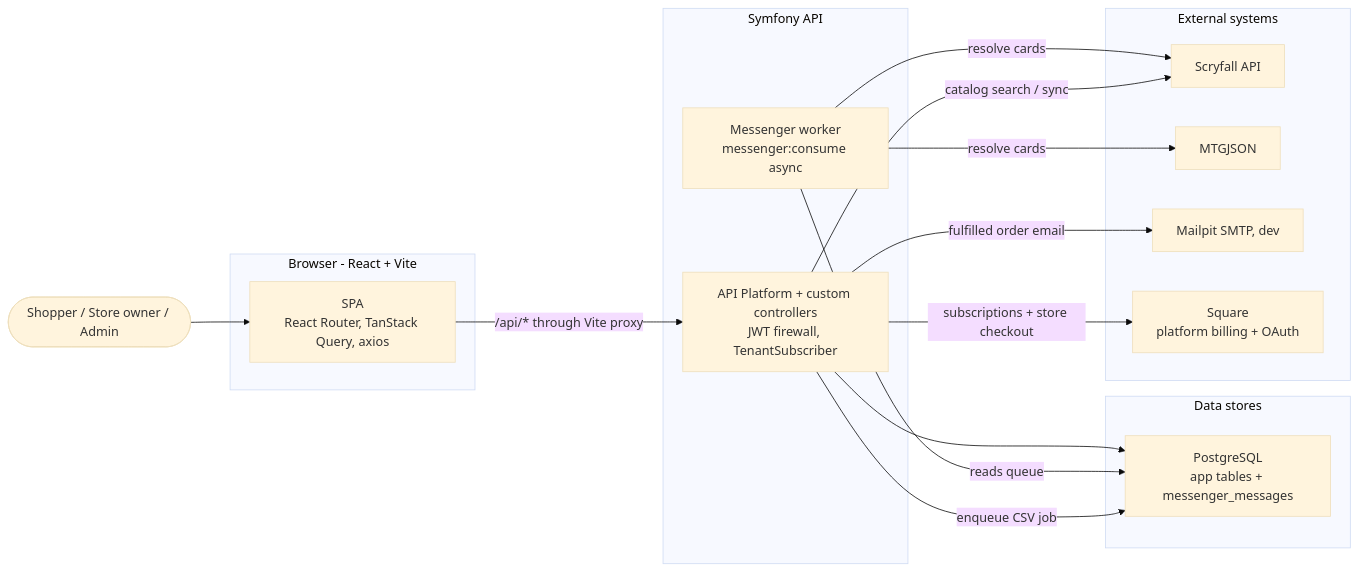
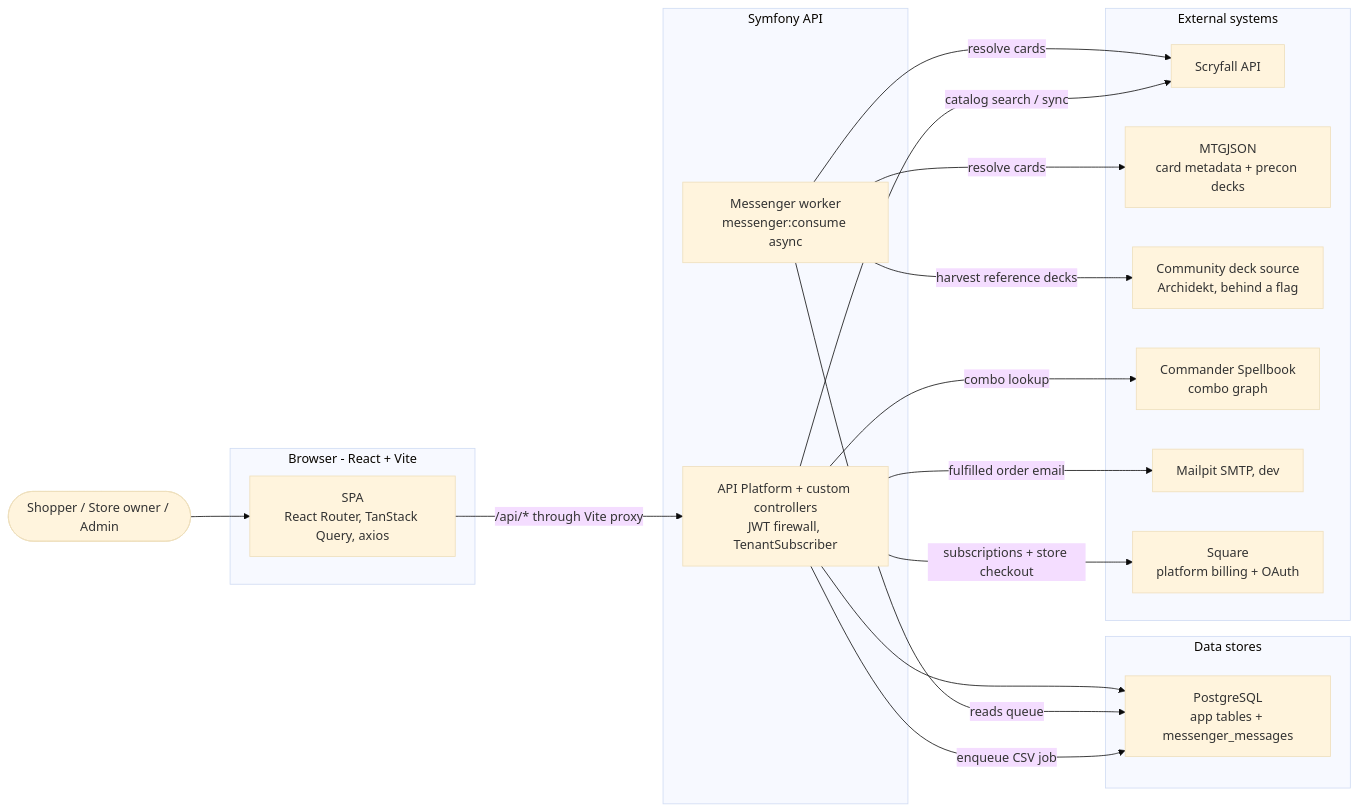
Before and after one commit to Game-Store-Solutions/Lgscardvault: the diagram in architecture/README.md, drawn with Mermaid (base theme). The commit also changed other lines of this file and 83 other files, not shown here.

First line of the commit message:
Add strategy-aware Commander intelligence and deck builder.

````diff
--- a/architecture/README.md
+++ b/architecture/README.md
@@ -39,35 +40,39 @@
 ```mermaid
 flowchart LR
     user([Shopper / Store owner / Admin])
 
     subgraph browser["Browser - React + Vite"]
         spa["SPA<br/>React Router, TanStack Query, axios"]
     end
 
     subgraph backend["Symfony API"]
         api["API Platform + custom controllers<br/>JWT firewall, TenantSubscriber"]
         worker["Messenger worker<br/>messenger:consume async"]
     end
 
     subgraph data["Data stores"]
         pg["PostgreSQL<br/>app tables + messenger_messages"]
     end
 
     subgraph ext["External systems"]
         scry["Scryfall API"]
-        mtg["MTGJSON"]
+        mtg["MTGJSON<br/>card metadata + precon decks"]
+        decks["Community deck source<br/>Archidekt, behind a flag"]
+        spell["Commander Spellbook<br/>combo graph"]
         mail["Mailpit SMTP, dev"]
         square["Square<br/>platform billing + OAuth"]
     end
 
     user --> spa
     spa -- "/api/* through Vite proxy" --> api
     api --> pg
     worker -- "reads queue" --> pg
     api -- "enqueue CSV job" --> pg
     worker -- "resolve cards" --> scry
     worker -- "resolve cards" --> mtg
+    worker -- "harvest reference decks" --> decks
     api -- "catalog search / sync" --> scry
+    api -- "combo lookup" --> spell
     api -- "fulfilled order email" --> mail
     api -- "subscriptions + store checkout" --> square
 ```
````
